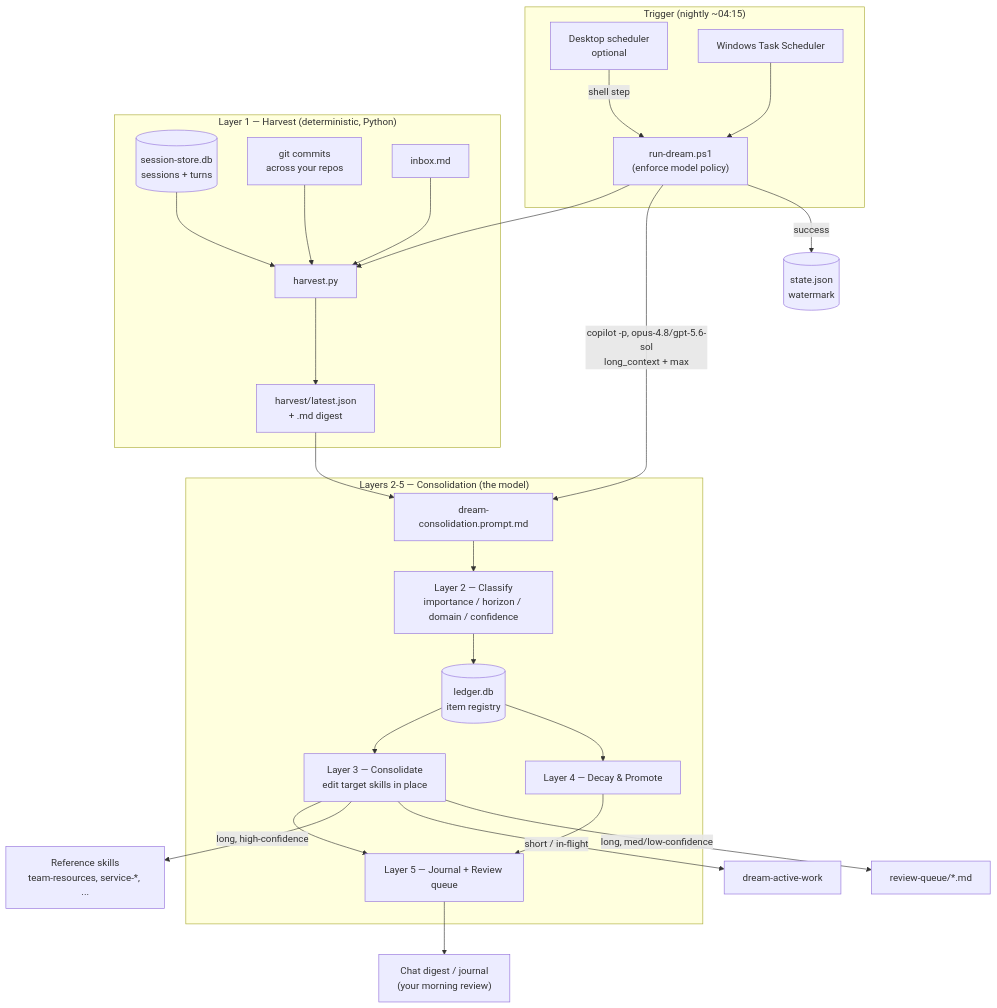
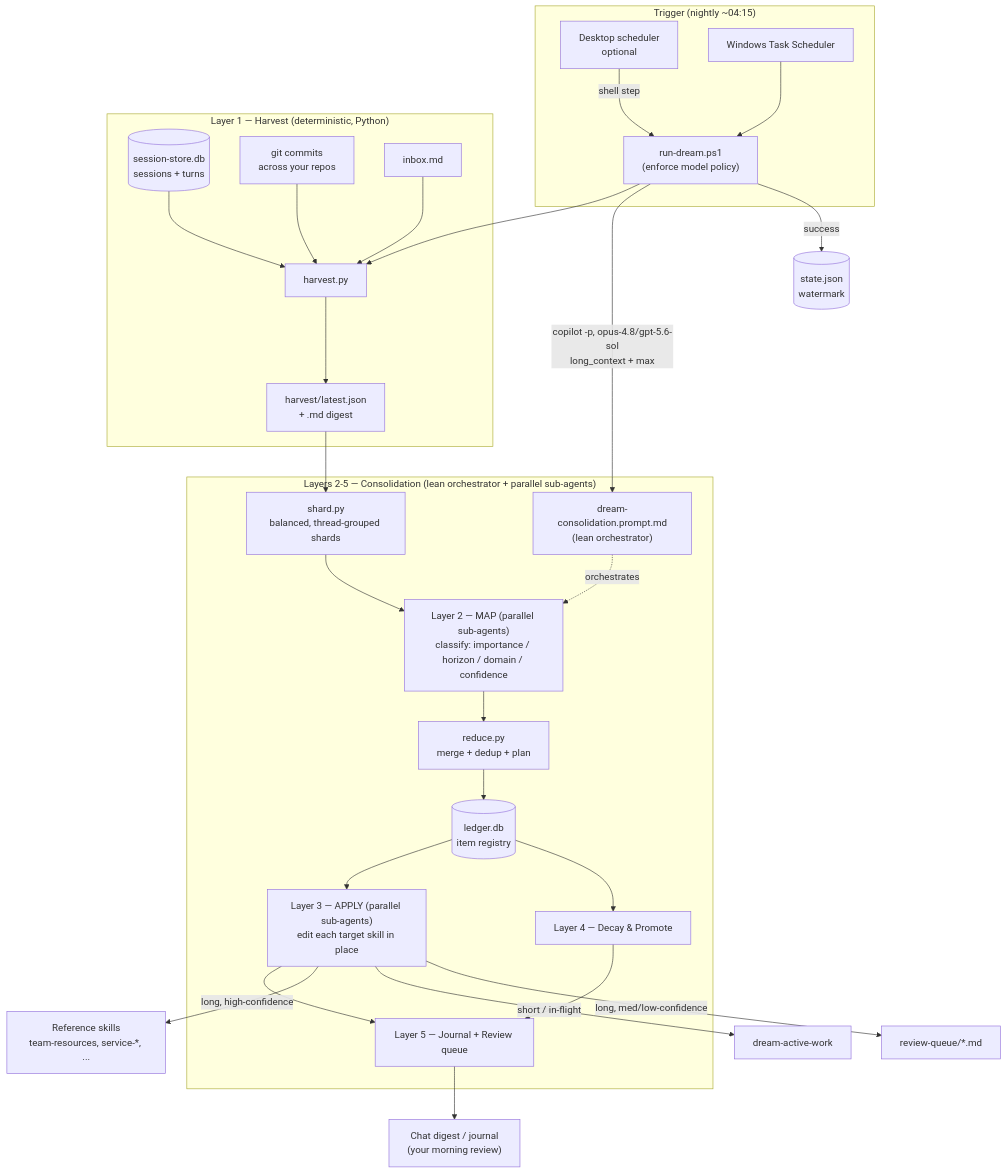
The diagram in docs/01-architecture.md (bhanuprakash-1/copilot-dream), drawn with Mermaid before and after one commit. The commit also changed other lines of this file and 10 other files, not shown here.

First line of the commit message:
Add map-reduce execution model: parallel classify + apply sub-agents

````diff
--- a/docs/01-architecture.md
+++ b/docs/01-architecture.md
@@ -14,36 +15,38 @@
 ```mermaid
 flowchart TD
     subgraph Trigger["Trigger (nightly ~04:15)"]
       SCHED[Desktop scheduler<br/>optional] -->|shell step| RUN
       TASK[Windows Task Scheduler] --> RUN
     end
 
     RUN["run-dream.ps1<br/>(enforce model policy)"] --> HARVEST
 
     subgraph L1["Layer 1 — Harvest (deterministic, Python)"]
       HARVEST["harvest.py"]
       S1[(session-store.db<br/>sessions + turns)] --> HARVEST
       S2[git commits<br/>across your repos] --> HARVEST
       S3[inbox.md] --> HARVEST
       HARVEST --> SNAP["harvest/latest.json<br/>+ .md digest"]
     end
 
-    SNAP --> BRAIN
+    SNAP --> SHARD["shard.py<br/>balanced, thread-grouped shards"]
     RUN -->|copilot -p, opus-4.8/gpt-5.6-sol<br/>long_context + max| BRAIN
 
-    subgraph Brain["Layers 2-5 — Consolidation (the model)"]
-      BRAIN["dream-consolidation.prompt.md"]
-      BRAIN --> CLASS["Layer 2 — Classify<br/>importance / horizon / domain / confidence"]
-      CLASS --> LEDGER[(ledger.db<br/>item registry)]
-      LEDGER --> CONS["Layer 3 — Consolidate<br/>edit target skills in place"]
+    subgraph Brain["Layers 2-5 — Consolidation (lean orchestrator + parallel sub-agents)"]
+      BRAIN["dream-consolidation.prompt.md<br/>(lean orchestrator)"]
+      SHARD --> MAP["Layer 2 — MAP (parallel sub-agents)<br/>classify: importance / horizon / domain / confidence"]
+      BRAIN -.orchestrates.-> MAP
+      MAP --> REDUCE["reduce.py<br/>merge + dedup + plan"]
+      REDUCE --> LEDGER[(ledger.db<br/>item registry)]
+      LEDGER --> CONS["Layer 3 — APPLY (parallel sub-agents)<br/>edit each target skill in place"]
       LEDGER --> DECAY["Layer 4 — Decay & Promote"]
       CONS --> JOURNAL["Layer 5 — Journal + Review queue"]
       DECAY --> JOURNAL
     end
 
     CONS -->|long, high-confidence| REF["Reference skills<br/>team-resources, service-*, ..."]
     CONS -->|short / in-flight| ACTIVE["dream-active-work"]
     CONS -->|long, med/low-confidence| RQ["review-queue/*.md"]
     JOURNAL --> DIGEST["Chat digest / journal<br/>(your morning review)"]
     RUN -->|success| WM[(state.json<br/>watermark)]
 ```
````
